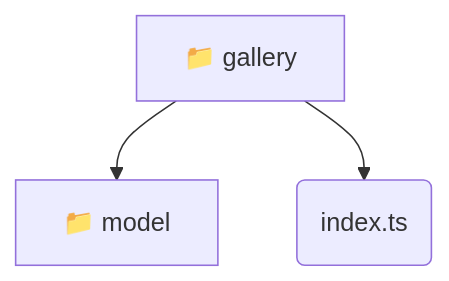
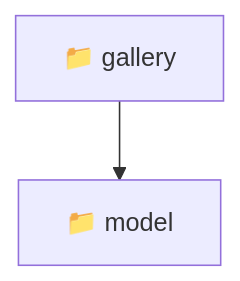
One commit to beginwebdev2002/fullstack-mavluda changed the diagram in frontend/src/features/gallery/README.md. Above: the diagram before and after it, drawn with Mermaid. The commit also changed other lines of this file and 163 other files, not shown here.

````diff
--- a/frontend/src/features/gallery/README.md
+++ b/frontend/src/features/gallery/README.md
@@ -11,6 +10,5 @@
 ```mermaid
 graph TD
-  gallery[📁 gallery]
-  gallery --> gallery_model[📁 model]
-  gallery --> gallery_index_ts(index.ts)
+  Root["📁 gallery"]
+  Root --> model["📁 model"]
 ```
````
